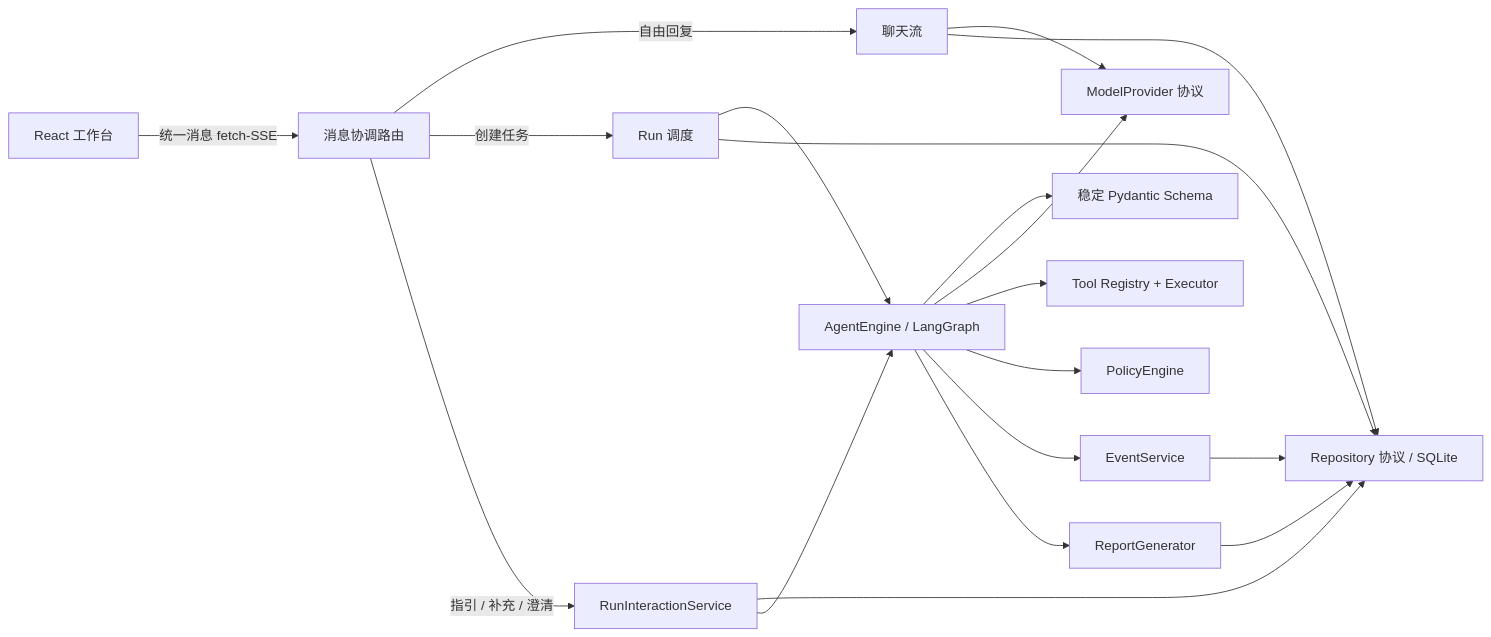
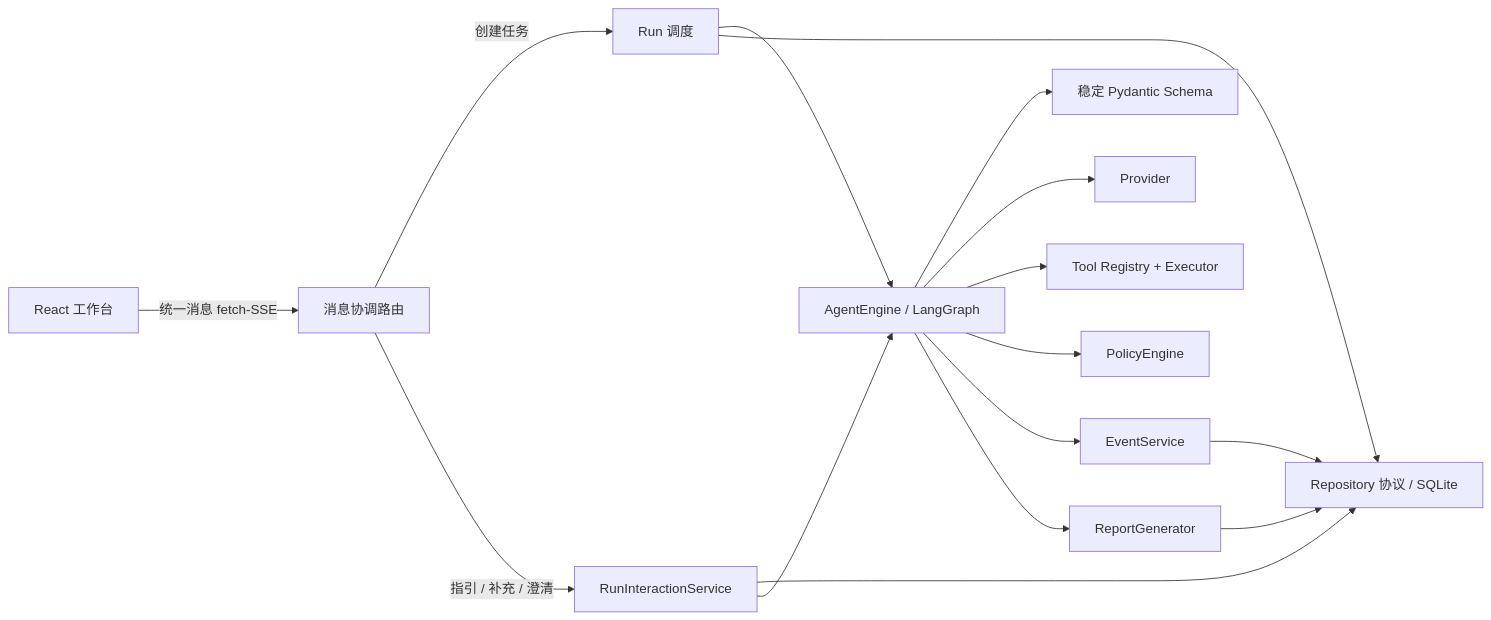
One commit to fuyao0612/gdaib-ctf-agent changed the first of 3 diagrams in docs/architecture.md. Above: the diagram before and after it, drawn with Mermaid. The commit also changed other lines of this file and 10 other files, not shown here.

````diff
--- a/docs/architecture.md
+++ b/docs/architecture.md
@@ -9,21 +9,18 @@
 ```mermaid
 flowchart LR
   Web["React 工作台"] -->|统一消息 fetch-SSE| Message["消息协调路由"]
-  Message -->|自由回复| Chat["聊天流"]
   Message -->|创建任务| API["Run 调度"]
   Message -->|指引 / 补充 / 澄清| Interaction["RunInteractionService"]
-  Chat --> Provider["ModelProvider 协议"]
-  Chat --> Repo["Repository 协议 / SQLite"]
   API --> Agent["AgentEngine / LangGraph"]
   Interaction --> Repo
   Interaction --> Agent
   API --> Repo["Repository 协议 / SQLite"]
   Agent --> Domain["稳定 Pydantic Schema"]
   Agent --> Provider
   Agent --> Tools["Tool Registry + Executor"]
   Agent --> Policy["PolicyEngine"]
   Agent --> Events["EventService"]
   Events --> Repo
   Agent --> Reports["ReportGenerator"]
   Reports --> Repo
 ```
````
